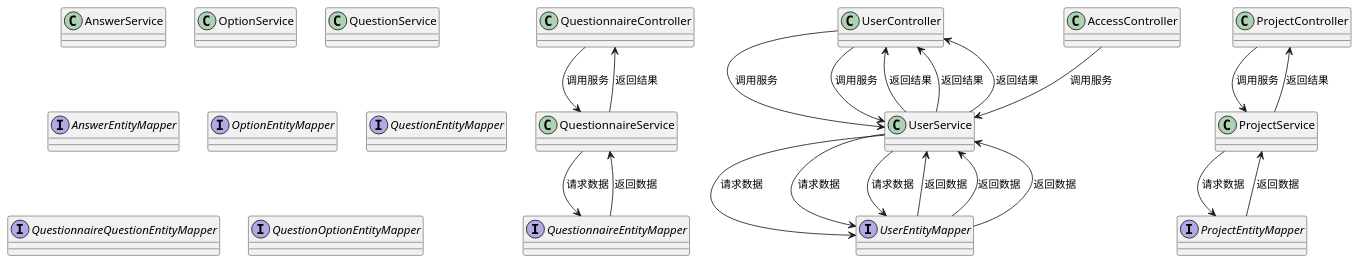
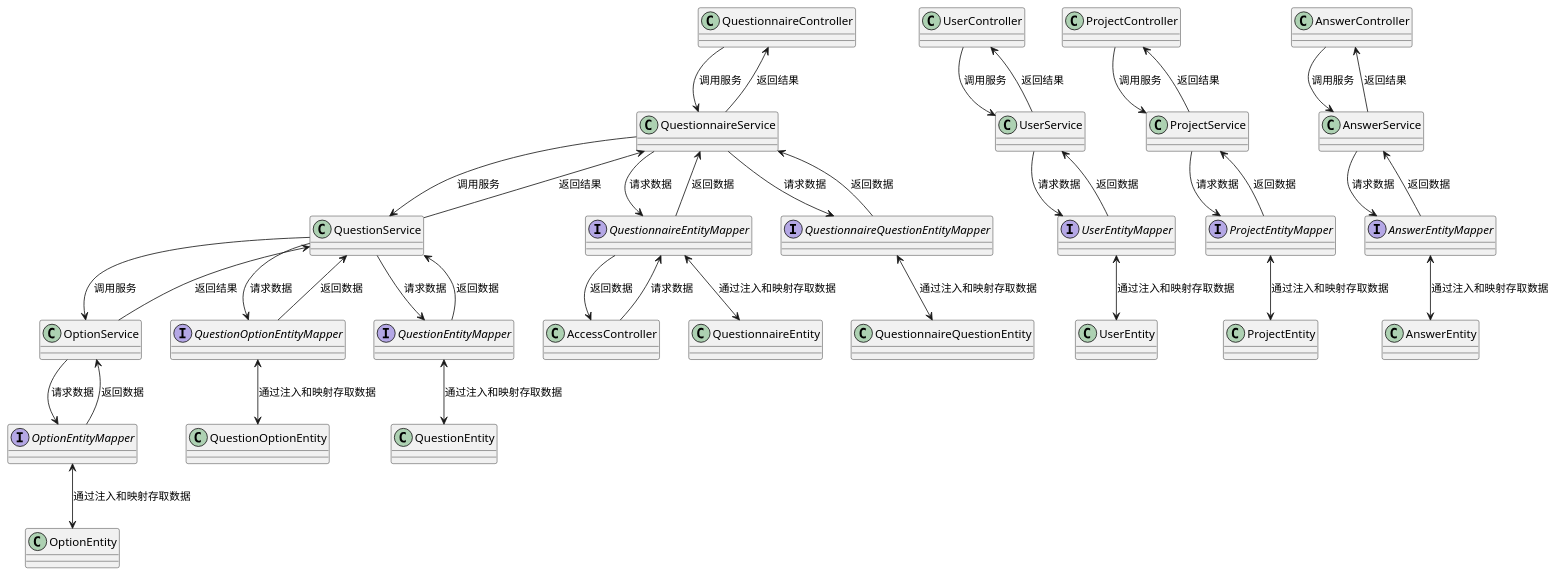
Before and after one commit to feeson/Shixun23: the diagram in system invocation.puml, drawn with PlantUML. The commit also changed 1 other file, not shown here.

Commit message:
UML completed
uml画完了

```diff
--- a/system invocation.puml
+++ b/system invocation.puml
@@ -1,50 +1,70 @@
 @startuml
 class QuestionnaireController {}
 class UserController {}
 class ProjectController {}
 class AccessController {}
+class AnswerController {}
 
 class AnswerService {}
 class OptionService {}
 class ProjectService {}
 class QuestionnaireService {}
 class QuestionService {}
 class UserService {}
 
-interface AnswerEntityMapper {}
+interface QuestionOptionEntityMapper {}
 interface OptionEntityMapper {}
-interface ProjectEntityMapper {}
 interface QuestionEntityMapper {}
 interface QuestionnaireEntityMapper {}
 interface QuestionnaireQuestionEntityMapper {}
-interface QuestionOptionEntityMapper {}
+interface AnswerEntityMapper {}
+interface ProjectEntityMapper {}
 interface UserEntityMapper {}
 
 
 UserController --> UserService : 调用服务
 UserService --> UserEntityMapper : 请求数据
+UserEntityMapper <--> UserEntity : 通过注入和映射存取数据
 UserEntityMapper --> UserService : 返回数据
 UserService --> UserController : 返回结果
 
 ProjectController --> ProjectService : 调用服务
 ProjectService --> ProjectEntityMapper : 请求数据
+ProjectEntityMapper <--> ProjectEntity : 通过注入和映射存取数据
 ProjectEntityMapper --> ProjectService : 返回数据
 ProjectService --> ProjectController : 返回结果
 
 QuestionnaireController --> QuestionnaireService : 调用服务
+QuestionnaireService --> QuestionService : 调用服务
+QuestionService --> QuestionnaireService : 返回结果
 QuestionnaireService --> QuestionnaireEntityMapper : 请求数据
+QuestionnaireEntityMapper <--> QuestionnaireEntity : 通过注入和映射存取数据
 QuestionnaireEntityMapper --> QuestionnaireService : 返回数据
+QuestionnaireService --> QuestionnaireQuestionEntityMapper : 请求数据
+QuestionnaireQuestionEntityMapper <--> QuestionnaireQuestionEntity : 通过注入和映射存取数据
+QuestionnaireQuestionEntityMapper --> QuestionnaireService : 返回数据
 QuestionnaireService --> QuestionnaireController : 返回结果
 
-AccessController --> UserService : 调用服务
-UserService --> UserEntityMapper : 请求数据
-UserEntityMapper --> UserService : 返回数据
-UserService --> UserController : 返回结果
+AccessController --> QuestionnaireEntityMapper : 请求数据
+QuestionnaireEntityMapper --> AccessController : 返回数据
 
-UserController --> UserService : 调用服务
-UserService --> UserEntityMapper : 请求数据
-UserEntityMapper --> UserService : 返回数据
-UserService --> UserController : 返回结果
+AnswerController --> AnswerService : 调用服务
+AnswerService --> AnswerEntityMapper : 请求数据
+AnswerEntityMapper <--> AnswerEntity : 通过注入和映射存取数据
+AnswerEntityMapper --> AnswerService : 返回数据
+AnswerService --> AnswerController : 返回结果
+
+QuestionService --> OptionService : 调用服务
+OptionService --> OptionEntityMapper : 请求数据
+OptionEntityMapper <--> OptionEntity : 通过注入和映射存取数据
+OptionEntityMapper --> OptionService : 返回数据
+OptionService --> QuestionService : 返回结果
+QuestionService --> QuestionEntityMapper : 请求数据
+QuestionEntityMapper <--> QuestionEntity : 通过注入和映射存取数据
+QuestionEntityMapper --> QuestionService : 返回数据
+QuestionService --> QuestionOptionEntityMapper : 请求数据
+QuestionOptionEntityMapper <--> QuestionOptionEntity : 通过注入和映射存取数据
+QuestionOptionEntityMapper --> QuestionService : 返回数据
 
 
 @enduml
```
